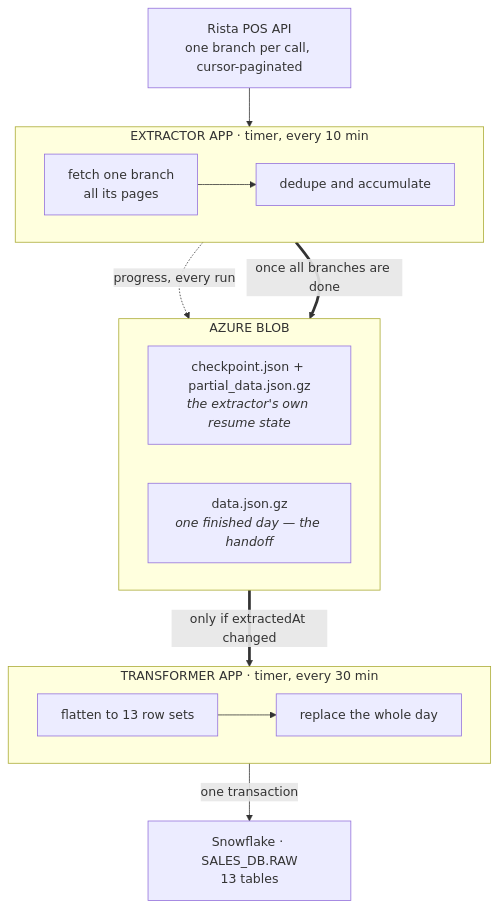
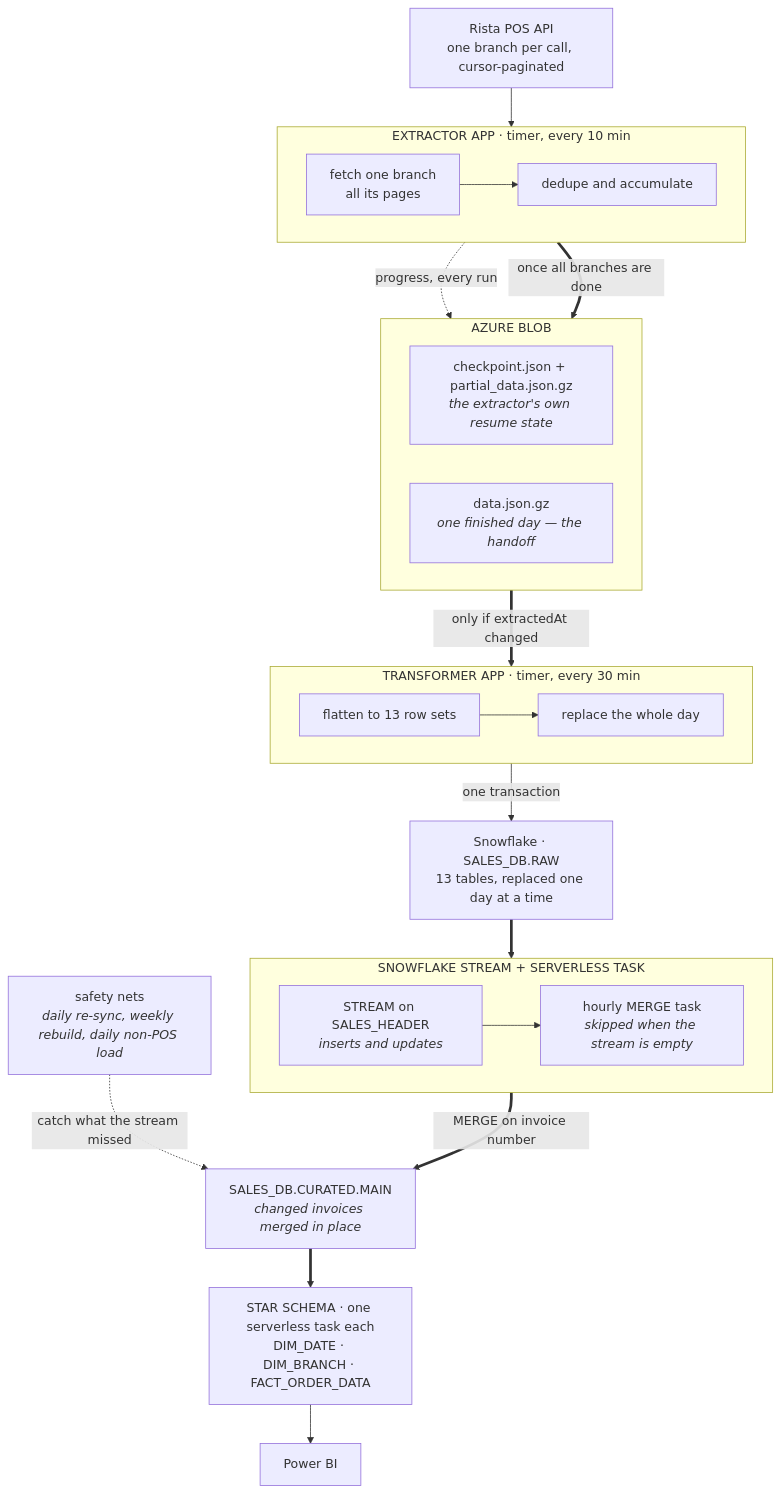
The first of 2 diagrams in README.md (niluthpalchowdhury/azure-snowflake-sales-pipeline), drawn with Mermaid before and after one commit. The commit also changed other lines of this file, not shown here.

Commit message:
Add CDC layer to README

````diff
--- a/README.md
+++ b/README.md
@@ -41,28 +42,46 @@
 ```mermaid
 flowchart TB
     POS["Rista POS API<br>one branch per call, cursor-paginated"]
 
     subgraph EXT["EXTRACTOR APP · timer, every 10 min"]
         direction LR
         E1["fetch one branch<br>all its pages"] --> E2["dedupe and accumulate"]
     end
 
     subgraph BLOB["AZURE BLOB"]
         direction LR
         B1["checkpoint.json + partial_data.json.gz<br><i>the extractor's own resume state</i>"]
         B2["data.json.gz<br><i>one finished day — the handoff</i>"]
     end
 
     subgraph TRF["TRANSFORMER APP · timer, every 30 min"]
         direction LR
         T1["flatten to 13 row sets"] --> T2["replace the whole day"]
     end
 
-    SF["Snowflake · SALES_DB.RAW<br>13 tables"]
+    SF["Snowflake · SALES_DB.RAW<br>13 tables, replaced one day at a time"]
+
+    subgraph CDC["SNOWFLAKE STREAM + SERVERLESS TASK"]
+        direction LR
+        STR["STREAM on SALES_HEADER<br><i>inserts and updates</i>"] --> MRG["hourly MERGE task<br><i>skipped when the stream is empty</i>"]
+    end
+
+    MAIN["SALES_DB.CURATED.MAIN<br><i>changed invoices merged in place</i>"]
+
+    NETS["safety nets<br><i>daily re-sync, weekly rebuild, daily non-POS load</i>"]
+
+    STAR["STAR SCHEMA · one serverless task each<br>DIM_DATE · DIM_BRANCH · FACT_ORDER_DATA"]
+
+    BI["Power BI"]
 
     POS --> EXT
     EXT -.->|"progress, every run"| B1
     EXT ==>|"once all branches are done"| B2
     B2 ==>|"only if extractedAt changed"| TRF
     TRF -->|"one transaction"| SF
+    SF ==> CDC
+    CDC ==>|"MERGE on invoice number"| MAIN
+    NETS -.->|"catch what the stream missed"| MAIN
+    MAIN ==> STAR
+    STAR --> BI
 ```
````
